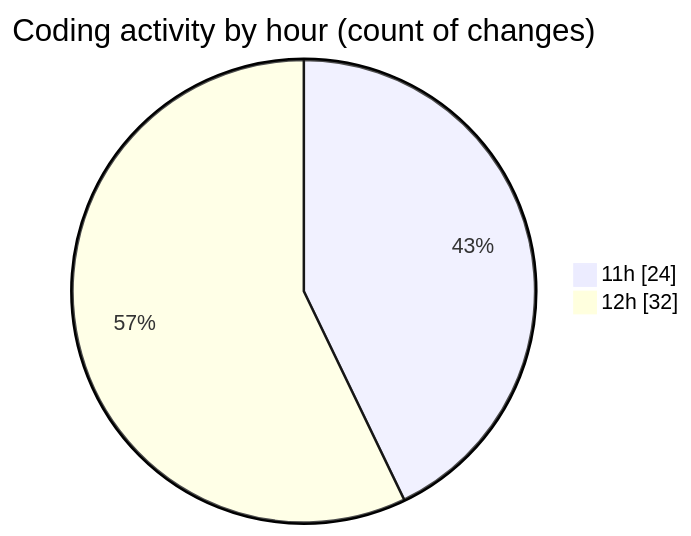
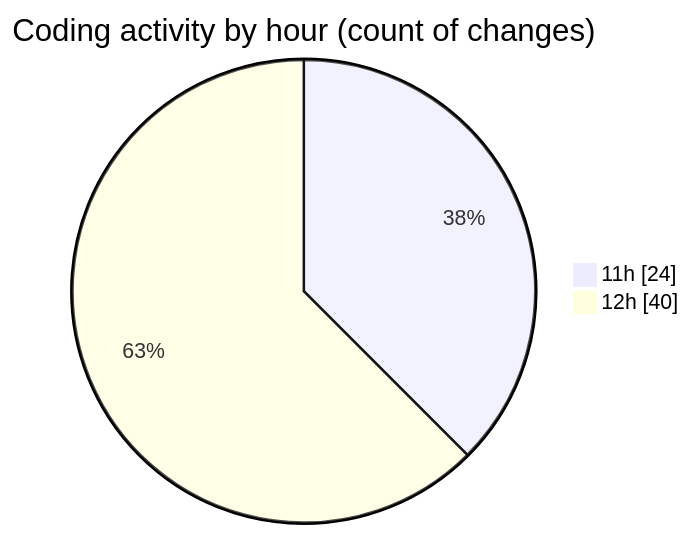
One commit to nxtqubesakshisongat/code-tracking changed the second of 2 diagrams in 2025-05-10/argos-dev/README.md. Above: the diagram before and after it, drawn with Mermaid. The commit also changed other lines of this file and 1 other file, not shown here.

````diff
--- a/2025-05-10/argos-dev/README.md
+++ b/2025-05-10/argos-dev/README.md
@@ -29,6 +29,6 @@
 ```mermaid
 pie showData
 title Coding activity by hour (count of changes)
 "11h" : 24
-"12h" : 32
+"12h" : 40
 ```
````
